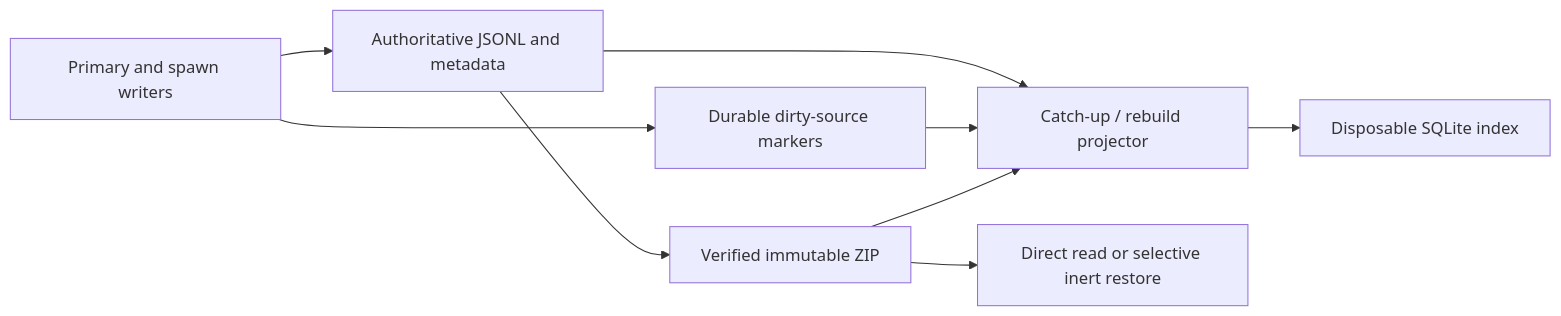
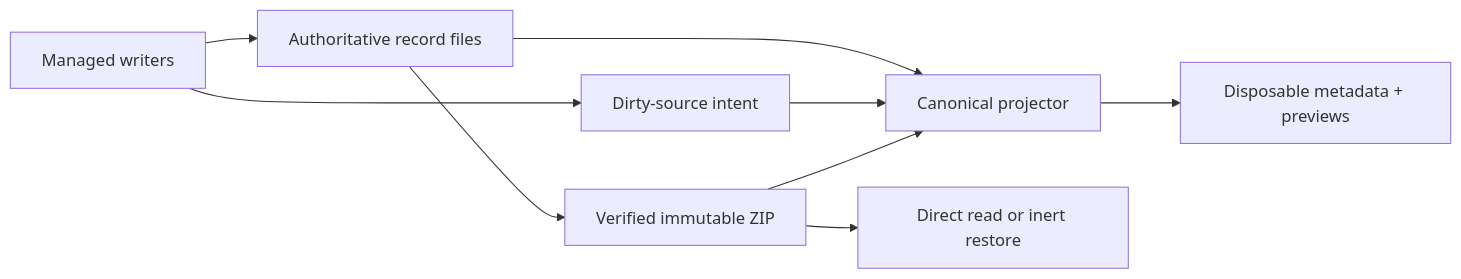
Before and after one commit to haowjy/meridian-cli-kb: the diagram in kb/architecture/state-system/portable-history.md, drawn with Mermaid. The commit also changed other lines of this file and 3 other files, not shown here.

````diff
--- a/kb/architecture/state-system/portable-history.md
+++ b/kb/architecture/state-system/portable-history.md
@@ -8,11 +8,11 @@
 ```mermaid
 flowchart LR
-    W["Primary and spawn writers"] --> F["Authoritative JSONL and metadata"]
-    W --> D["Durable dirty-source markers"]
-    F --> P["Catch-up / rebuild projector"]
+    W["Managed writers"] --> F["Authoritative record files"]
+    W --> D["Dirty-source intent"]
+    F --> P["Canonical projector"]
     D --> P
-    P --> I["Disposable SQLite index"]
+    P --> I["Disposable metadata + previews"]
     F --> Z["Verified immutable ZIP"]
-    Z --> R["Direct read or selective inert restore"]
+    Z --> R["Direct read or inert restore"]
     Z --> P
 ```
````
